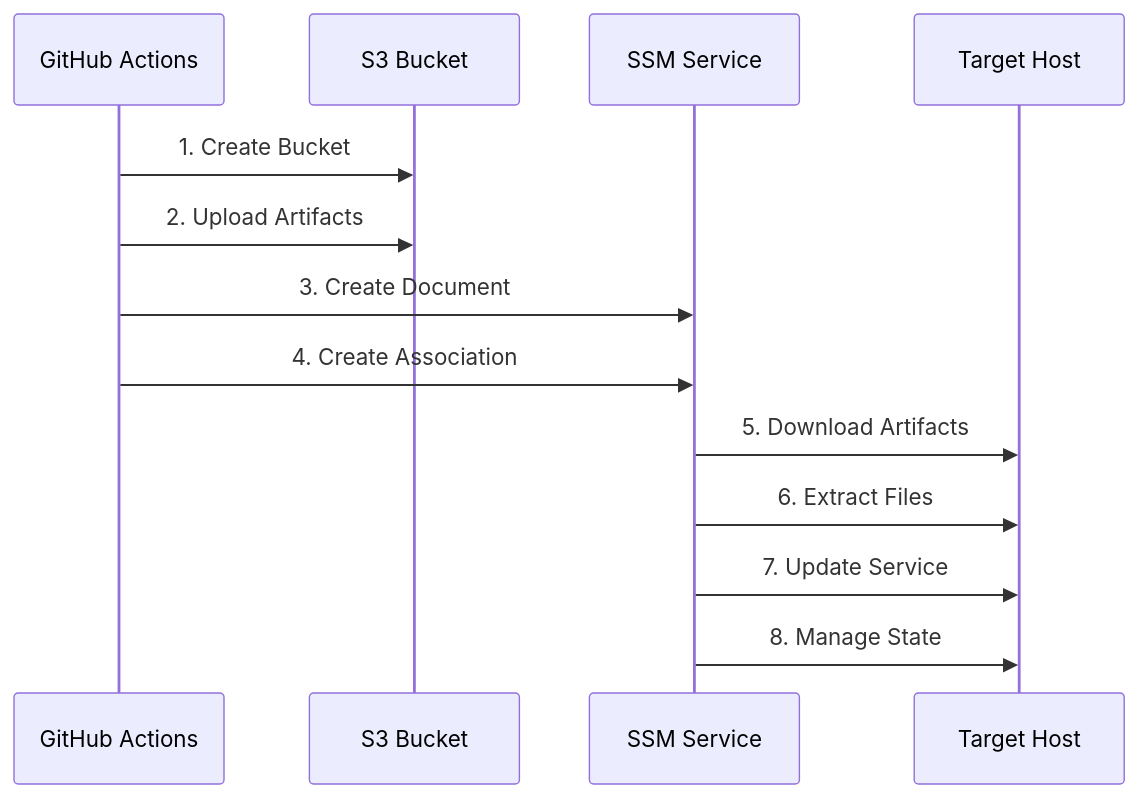
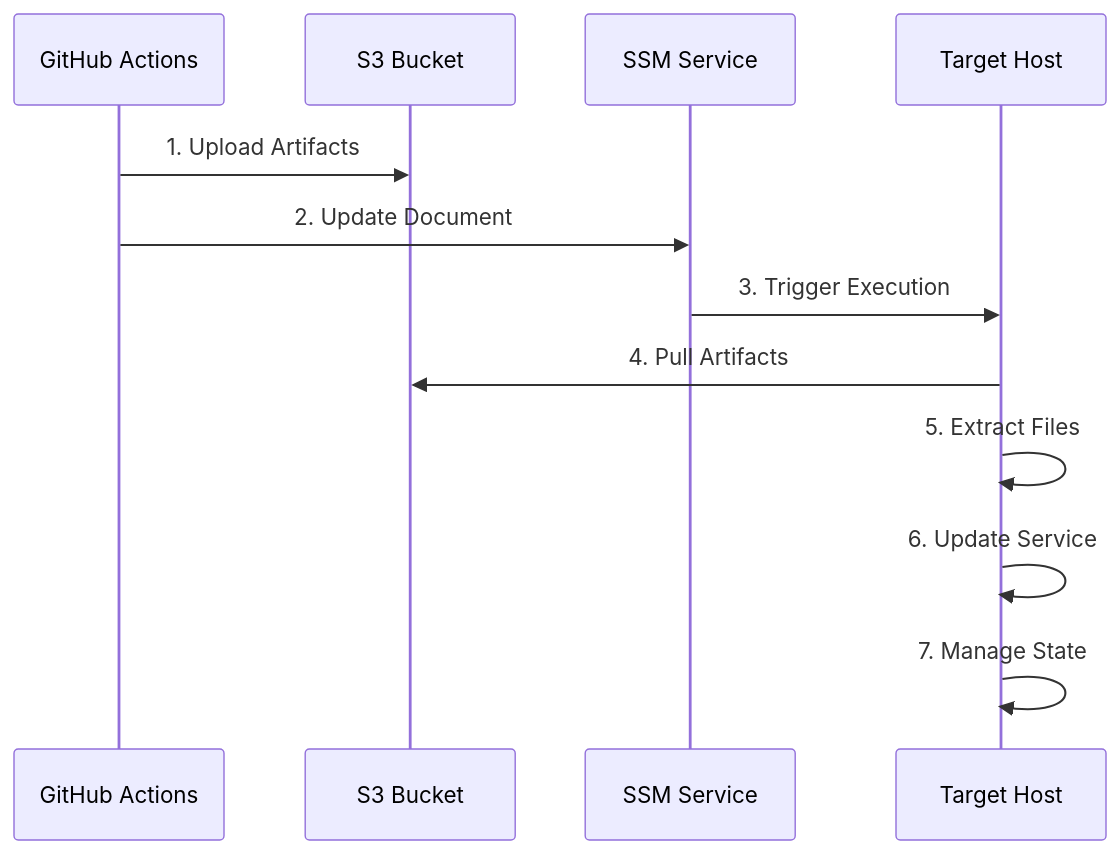
Before and after one commit to realsensesolutions/actions-aws-host-service: the second of 2 diagrams in README.md, drawn with Mermaid. The commit also changed other lines of this file, not shown here.

````diff
--- a/README.md
+++ b/README.md
@@ -34,16 +33,15 @@
 ```mermaid
 sequenceDiagram
     participant GA as GitHub Actions
     participant S3 as S3 Bucket
     participant SSM as SSM Service
     participant Host as Target Host
 
-    GA->>S3: 1. Create Bucket
-    GA->>S3: 2. Upload Artifacts
-    GA->>SSM: 3. Create Document
-    GA->>SSM: 4. Create Association
-    SSM->>Host: 5. Download Artifacts
-    SSM->>Host: 6. Extract Files
-    SSM->>Host: 7. Update Service
-    SSM->>Host: 8. Manage State
+    GA->>S3: 1. Upload Artifacts
+    GA->>SSM: 2. Update Document
+    SSM->>Host: 3. Trigger Execution
+    Host->>S3: 4. Pull Artifacts
+    Host->>Host: 5. Extract Files
+    Host->>Host: 6. Update Service
+    Host->>Host: 7. Manage State
 ```
````
